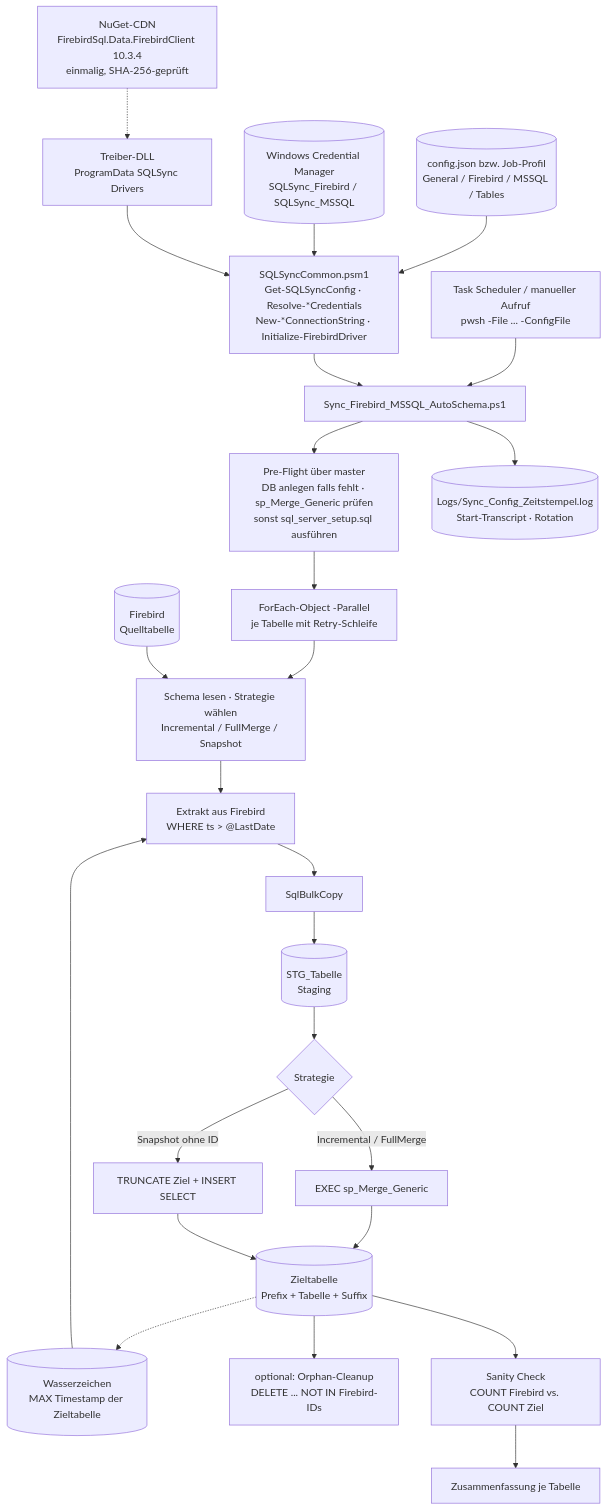
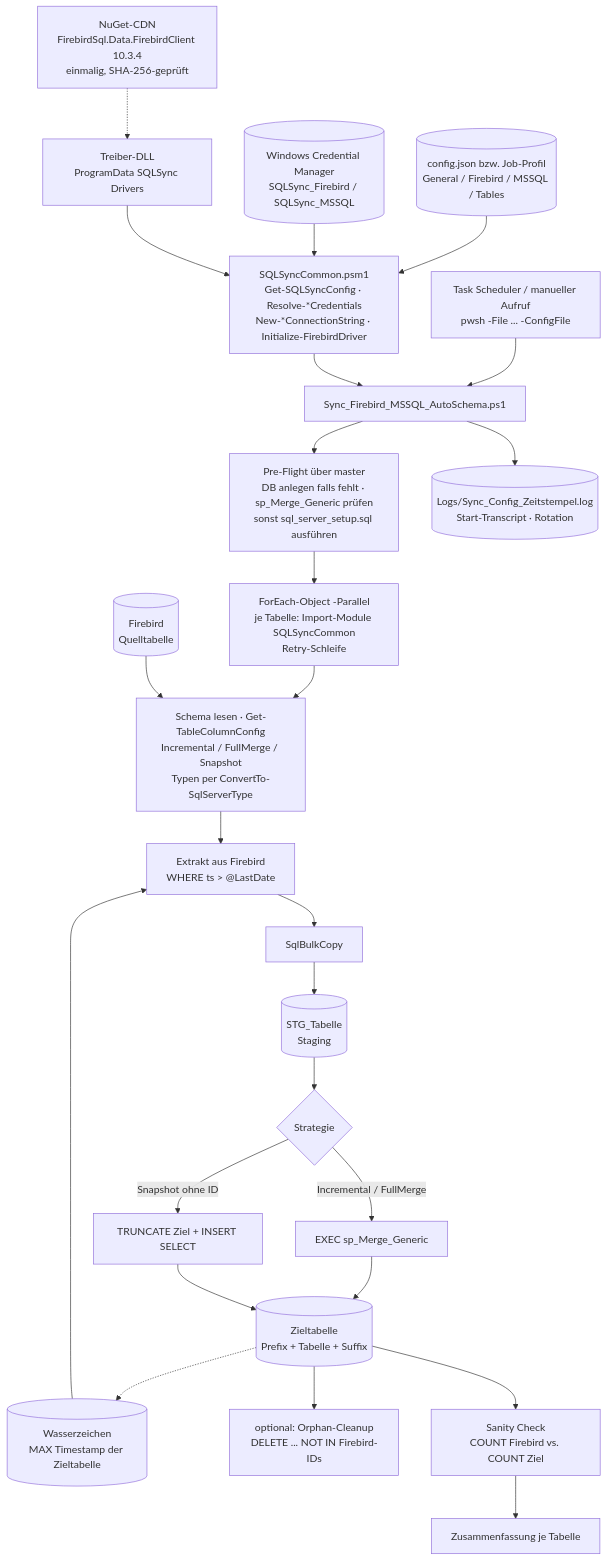
The first of 3 diagrams in docs/architecture/OVERVIEW.md (gitnol/PSFirebirdToMSSQL), drawn with Mermaid before and after one commit. The commit also changed other lines of this file and 21 other files, not shown here.

First line of the commit message:
fix(types): DECIMAL mit Precision/Scale aus dem Firebird-Schema; Hauptskript nutzt Modulfunktionen (I5)

````diff
--- a/docs/architecture/OVERVIEW.md
+++ b/docs/architecture/OVERVIEW.md
@@ -45,31 +45,31 @@
 ```mermaid
 flowchart TD
     TS[Task Scheduler / manueller Aufruf<br/>pwsh -File ... -ConfigFile] --> SYNC
     CFG[(config.json bzw. Job-Profil<br/>General / Firebird / MSSQL / Tables)] --> MOD
     CM[(Windows Credential Manager<br/>SQLSync_Firebird / SQLSync_MSSQL)] --> MOD
     NUGET[NuGet-CDN<br/>FirebirdSql.Data.FirebirdClient 10.3.4<br/>einmalig, SHA-256-geprüft] -.-> DRV
     DRV[Treiber-DLL<br/>ProgramData SQLSync Drivers] --> MOD
 
     MOD[SQLSyncCommon.psm1<br/>Get-SQLSyncConfig · Resolve-*Credentials<br/>New-*ConnectionString · Initialize-FirebirdDriver] --> SYNC
 
     SYNC[Sync_Firebird_MSSQL_AutoSchema.ps1] --> PF
     PF[Pre-Flight über master<br/>DB anlegen falls fehlt · sp_Merge_Generic prüfen<br/>sonst sql_server_setup.sql ausführen] --> PAR
 
-    PAR[ForEach-Object -Parallel<br/>je Tabelle mit Retry-Schleife] --> SCH
+    PAR[ForEach-Object -Parallel<br/>je Tabelle: Import-Module SQLSyncCommon<br/>Retry-Schleife] --> SCH
     FB[(Firebird<br/>Quelltabelle)] --> SCH
-    SCH[Schema lesen · Strategie wählen<br/>Incremental / FullMerge / Snapshot] --> EXT
+    SCH[Schema lesen · Get-TableColumnConfig<br/>Incremental / FullMerge / Snapshot<br/>Typen per ConvertTo-SqlServerType] --> EXT
     WM[(Wasserzeichen<br/>MAX Timestamp der Zieltabelle)] --> EXT
     EXT[Extrakt aus Firebird<br/>WHERE ts > @LastDate] --> BULK
     BULK[SqlBulkCopy] --> STG[(STG_Tabelle<br/>Staging)]
     STG --> MERGE{Strategie}
     MERGE -->|Incremental / FullMerge| SP[EXEC sp_Merge_Generic]
     MERGE -->|Snapshot ohne ID| SNAP[TRUNCATE Ziel + INSERT SELECT]
     SP --> TGT[(Zieltabelle<br/>Prefix + Tabelle + Suffix)]
     SNAP --> TGT
     TGT -.-> WM
     TGT --> ORPH[optional: Orphan-Cleanup<br/>DELETE ... NOT IN Firebird-IDs]
     TGT --> SAN[Sanity Check<br/>COUNT Firebird vs. COUNT Ziel]
     SAN --> SUM[Zusammenfassung je Tabelle]
 
     SYNC --> LOG[(Logs/Sync_Config_Zeitstempel.log<br/>Start-Transcript · Rotation)]
 ```
````
